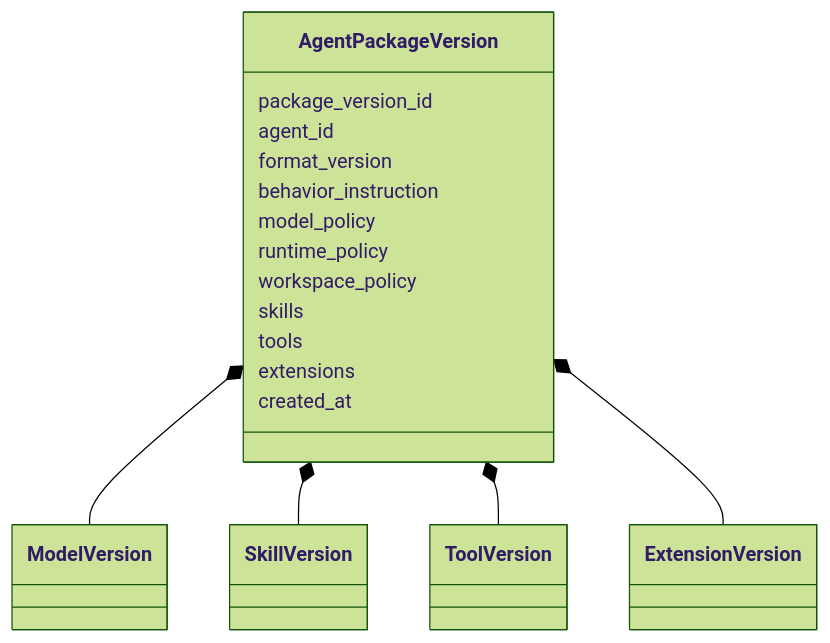
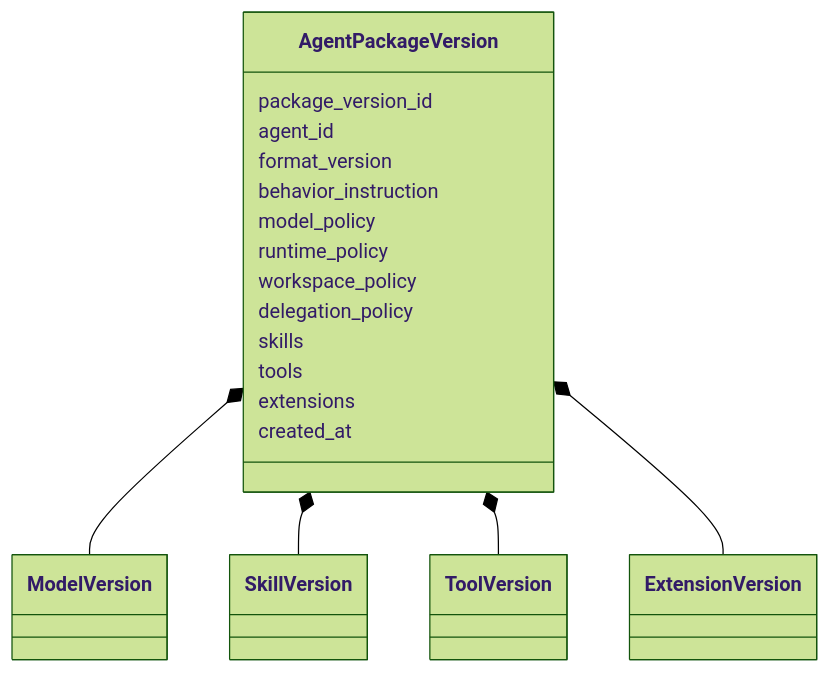
One commit to xiesunsun/MyOpenClaw changed diagram 21 of 53 in docs/upgrade/2026-08-24-runtime-entity-decisions.md. Above: the diagram before and after it, drawn with Mermaid (forest theme). The commit also changed other lines of this file and 72 other files, not shown here.

````diff
--- a/docs/upgrade/2026-08-24-runtime-entity-decisions.md
+++ b/docs/upgrade/2026-08-24-runtime-entity-decisions.md
@@ -1423,26 +1439,27 @@
 ```mermaid
 classDiagram
     class AgentPackageVersion {
         package_version_id
         agent_id
         format_version
         behavior_instruction
         model_policy
         runtime_policy
         workspace_policy
+        delegation_policy
         skills
         tools
         extensions
         created_at
     }
 
     class ModelVersion
     class SkillVersion
     class ToolVersion
     class ExtensionVersion
 
     AgentPackageVersion *-- ModelVersion
     AgentPackageVersion *-- SkillVersion
     AgentPackageVersion *-- ToolVersion
     AgentPackageVersion *-- ExtensionVersion
 ```
````
